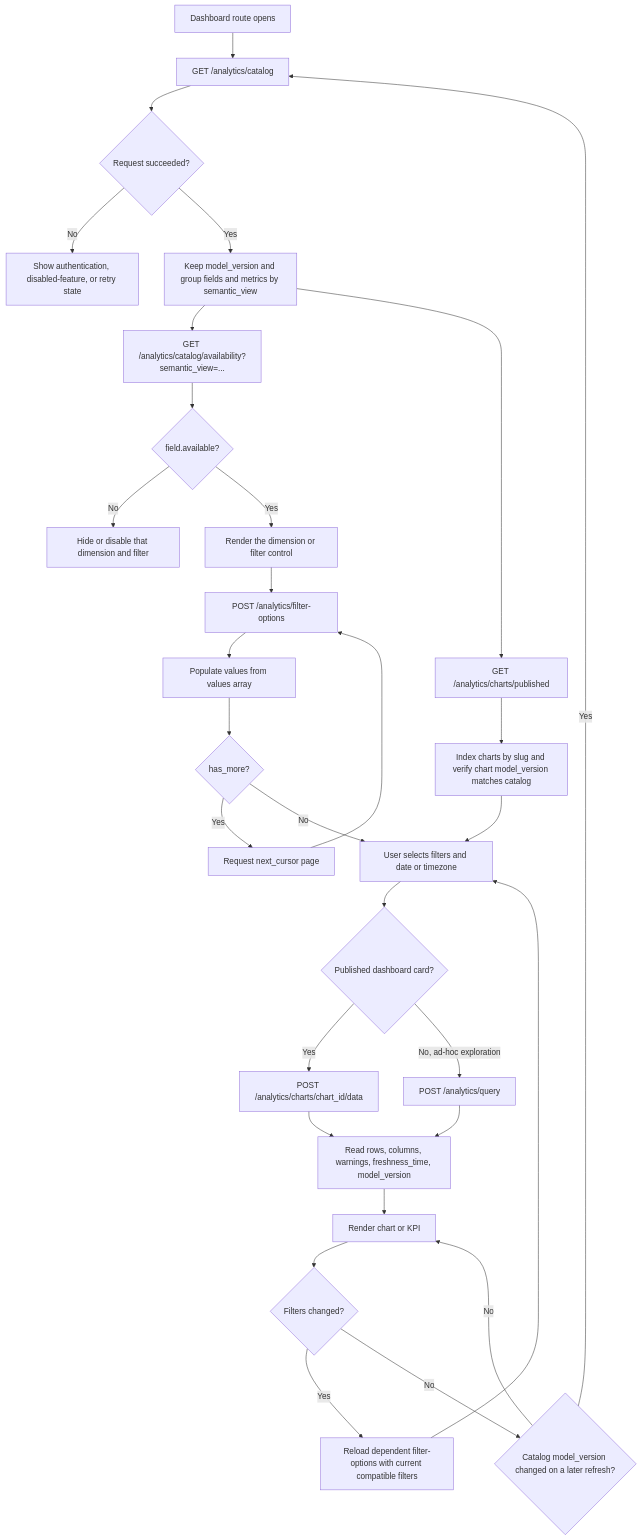
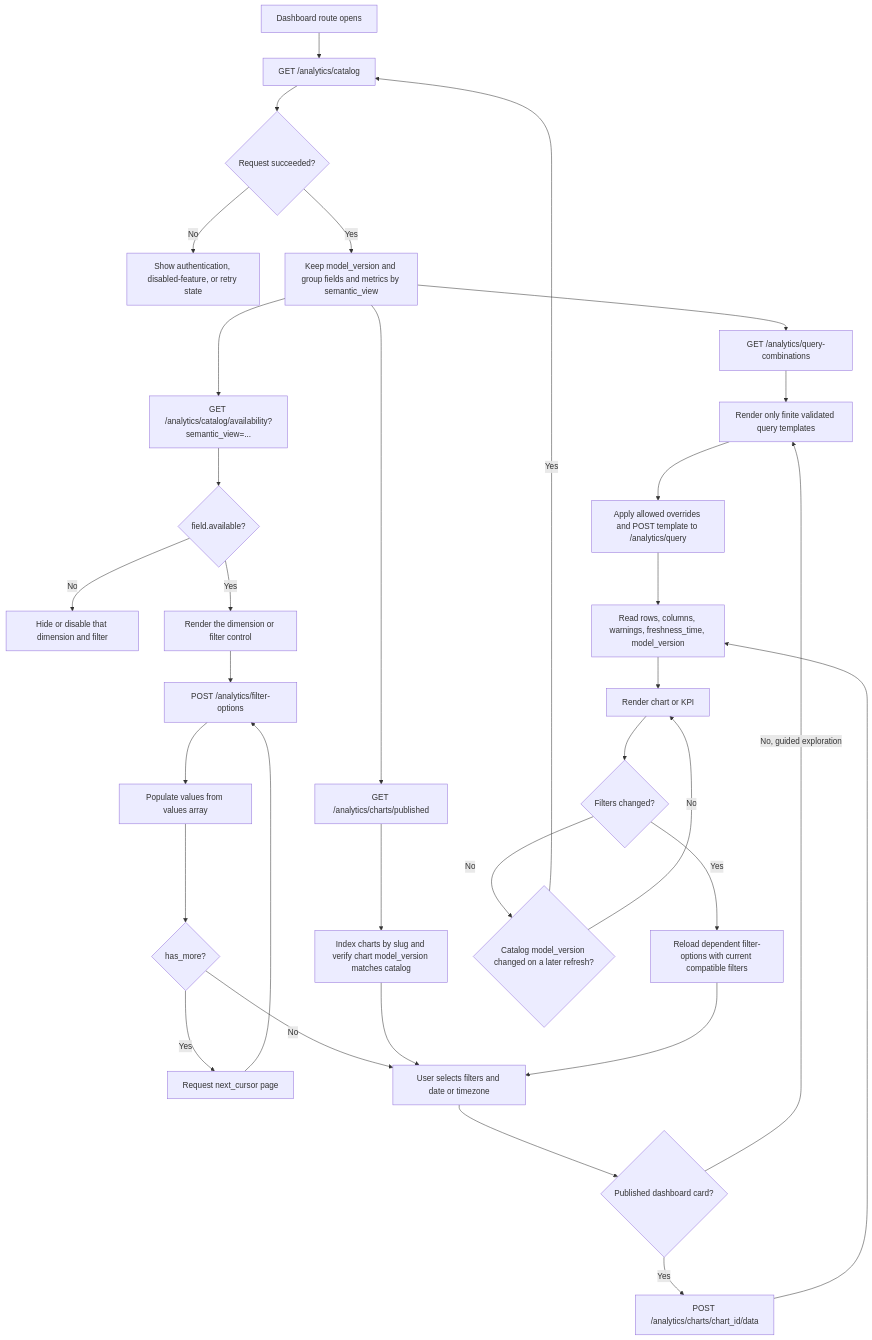
The first of 2 diagrams in docs/FRONTEND_DASHBOARD_ANALYTICS_WORKFLOW.md (jimmy0905/CLS-2-Backend), drawn with Mermaid before and after one commit. The commit also changed other lines of this file and 19 other files, not shown here.

````diff
--- a/docs/FRONTEND_DASHBOARD_ANALYTICS_WORKFLOW.md
+++ b/docs/FRONTEND_DASHBOARD_ANALYTICS_WORKFLOW.md
@@ -13,37 +13,40 @@
 ```mermaid
 flowchart TD
     A[Dashboard route opens] --> B[GET /analytics/catalog]
     B --> C{Request succeeded?}
     C -- No --> C1[Show authentication, disabled-feature, or retry state]
     C -- Yes --> D[Keep model_version and group fields and metrics by semantic_view]
+    D --> V[GET /analytics/query-combinations]
+    V --> V1[Render only finite validated query templates]
 
     D --> E[GET /analytics/catalog/availability?semantic_view=...]
     E --> F{field.available?}
     F -- No --> F1[Hide or disable that dimension and filter]
     F -- Yes --> G[Render the dimension or filter control]
 
     D --> H[GET /analytics/charts/published]
     H --> I[Index charts by slug and verify chart model_version matches catalog]
 
     G --> J[POST /analytics/filter-options]
     J --> K[Populate values from values array]
     K --> L{has_more?}
     L -- Yes --> J1[Request next_cursor page]
     J1 --> J
     L -- No --> M[User selects filters and date or timezone]
     I --> M
 
     M --> N{Published dashboard card?}
     N -- Yes --> O[POST /analytics/charts/chart_id/data]
-    N -- No, ad-hoc exploration --> P[POST /analytics/query]
+    N -- No, guided exploration --> V1
+    V1 --> P[Apply allowed overrides and POST template to /analytics/query]
     O --> Q[Read rows, columns, warnings, freshness_time, model_version]
     P --> Q
     Q --> R[Render chart or KPI]
 
     R --> S{Filters changed?}
     S -- Yes --> T[Reload dependent filter-options with current compatible filters]
     T --> M
     S -- No --> U{Catalog model_version changed on a later refresh?}
     U -- Yes --> B
     U -- No --> R
 ```
````
